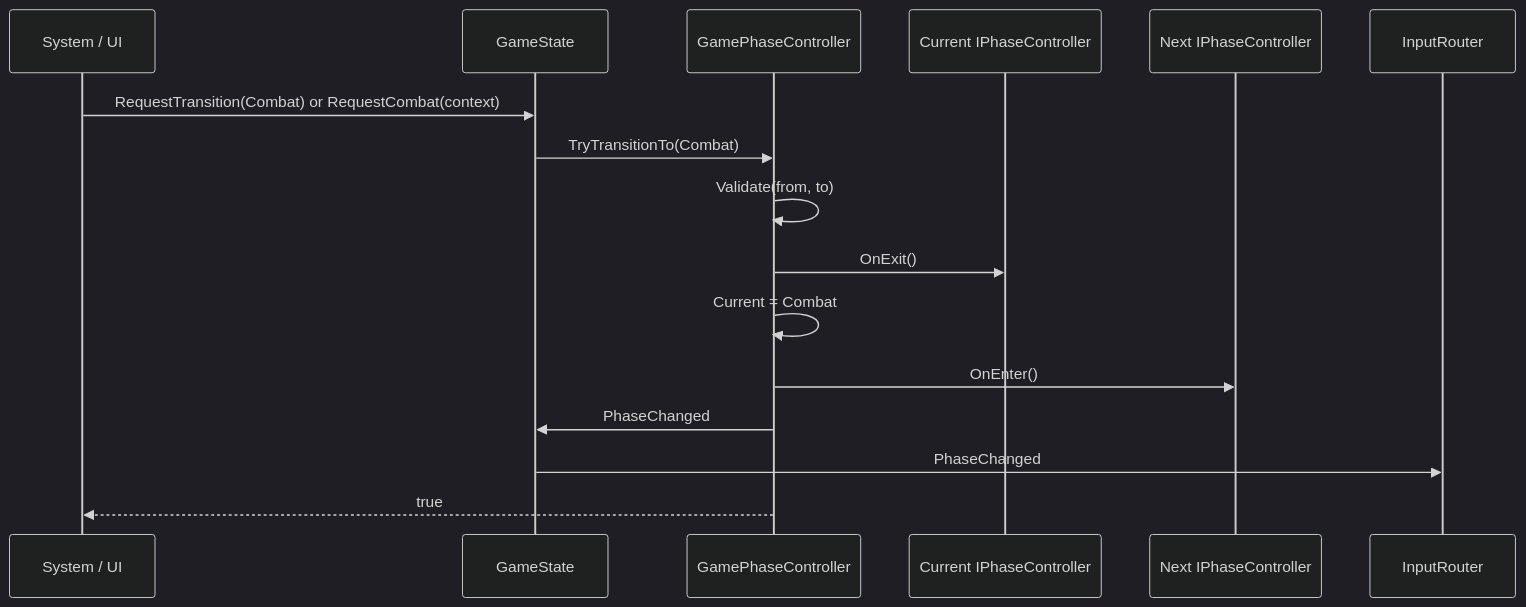
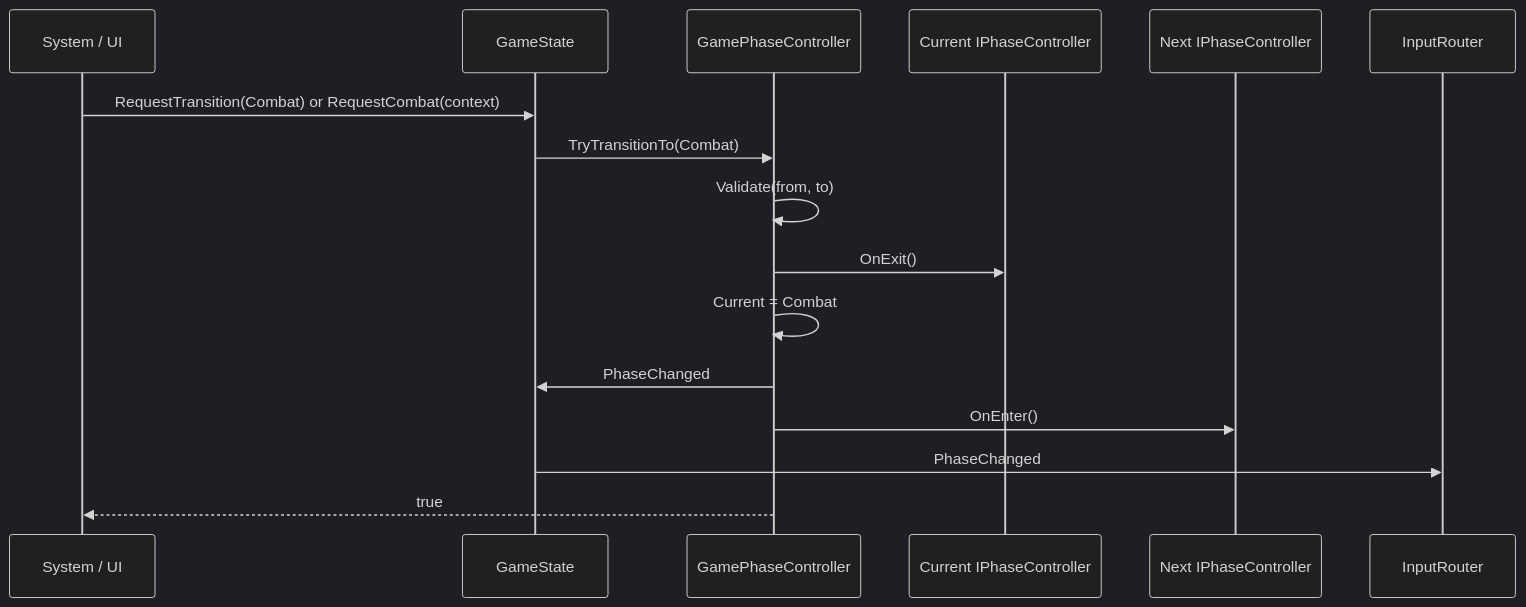
Before and after one commit to miramocha/griddungeon-design-docs: the fourth of 6 diagrams in docs/02-systems/game-phase.md, drawn with Mermaid (dark theme). The commit also changed other lines of this file, not shown here.

First line of the commit message:
Document PhaseChanged before OnEnter in game phase flow. (#34)

````diff
--- a/docs/02-systems/game-phase.md
+++ b/docs/02-systems/game-phase.md
@@ -141,19 +141,19 @@
 ```mermaid
 sequenceDiagram
   participant Caller as System / UI
   participant GS as GameState
   participant GPC as GamePhaseController
   participant Old as Current IPhaseController
   participant New as Next IPhaseController
   participant IR as InputRouter
 
   Caller->>GS: RequestTransition(Combat) or RequestCombat(context)
   GS->>GPC: TryTransitionTo(Combat)
   GPC->>GPC: Validate(from, to)
   GPC->>Old: OnExit()
   GPC->>GPC: Current = Combat
+  GPC->>GS: PhaseChanged
   GPC->>New: OnEnter()
-  GPC->>GS: PhaseChanged
   GS->>IR: PhaseChanged
   GPC-->>Caller: true
 ```
````
